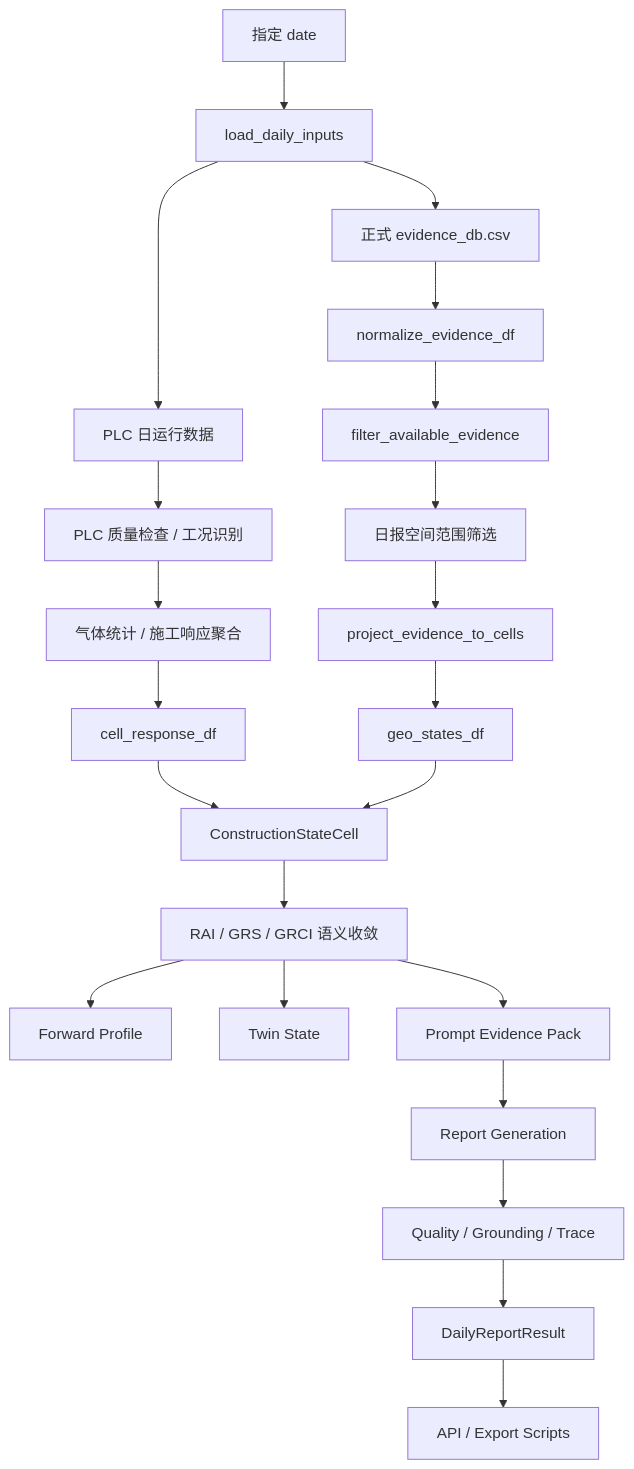
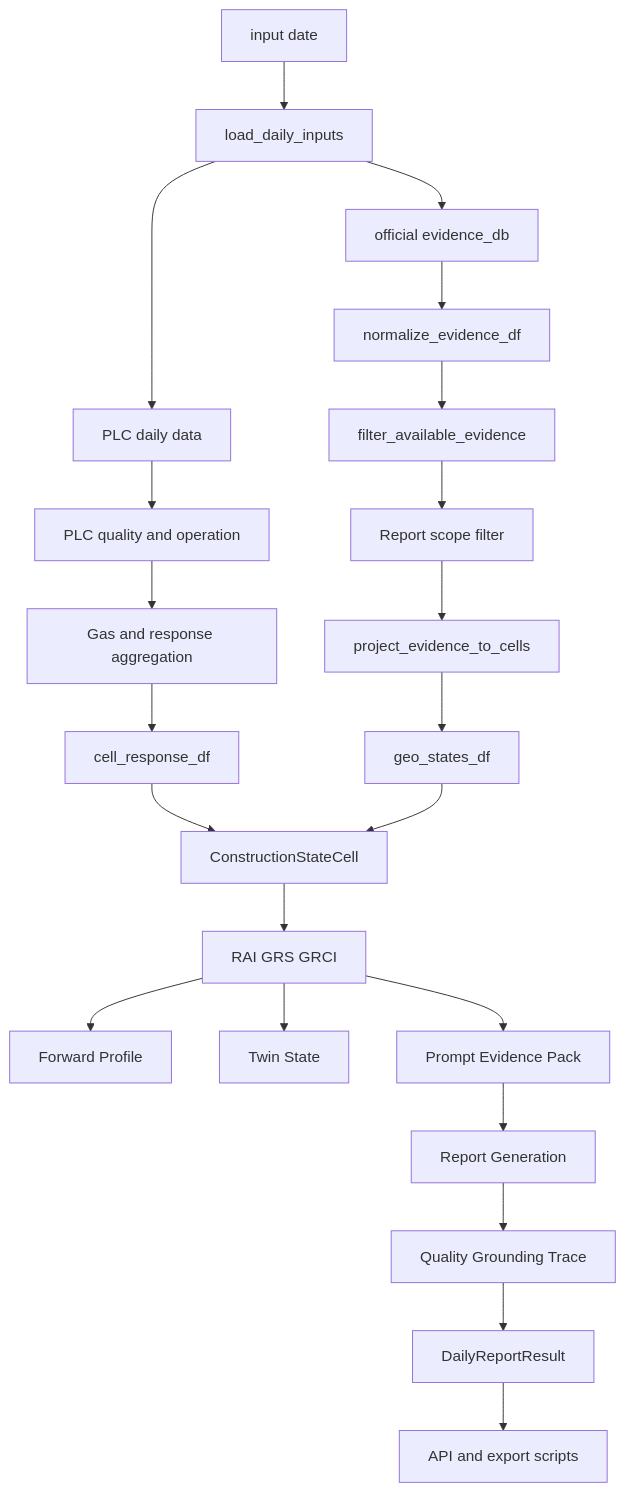
The first of 5 diagrams in backend/docs/system_architecture.md (xiaodazhao/tbm-report), drawn with Mermaid before and after one commit. The commit also changed other lines of this file and 1 other file, not shown here.

Commit message:
Fix GitHub Mermaid diagram rendering

````diff
--- a/backend/docs/system_architecture.md
+++ b/backend/docs/system_architecture.md
@@ -34,28 +34,28 @@
 ```mermaid
 flowchart TD
-    A[指定 date] --> B[load_daily_inputs]
-    B --> C[PLC 日运行数据]
-    B --> D[正式 evidence_db.csv]
+    A[input date] --> B[load_daily_inputs]
+    B --> C[PLC daily data]
+    B --> D[official evidence_db]
 
-    C --> E[PLC 质量检查 / 工况识别]
-    E --> F[气体统计 / 施工响应聚合]
+    C --> E[PLC quality and operation]
+    E --> F[Gas and response aggregation]
     F --> G[cell_response_df]
 
     D --> H[normalize_evidence_df]
     H --> I[filter_available_evidence]
-    I --> J[日报空间范围筛选]
+    I --> J[Report scope filter]
     J --> K[project_evidence_to_cells]
     K --> L[geo_states_df]
 
     G --> M[ConstructionStateCell]
     L --> M
-    M --> N[RAI / GRS / GRCI 语义收敛]
+    M --> N[RAI GRS GRCI]
     N --> O[Forward Profile]
     N --> P[Twin State]
     N --> Q[Prompt Evidence Pack]
 
     Q --> R[Report Generation]
-    R --> S[Quality / Grounding / Trace]
+    R --> S[Quality Grounding Trace]
     S --> T[DailyReportResult]
-    T --> U[API / Export Scripts]
+    T --> U[API and export scripts]
 ```
````
